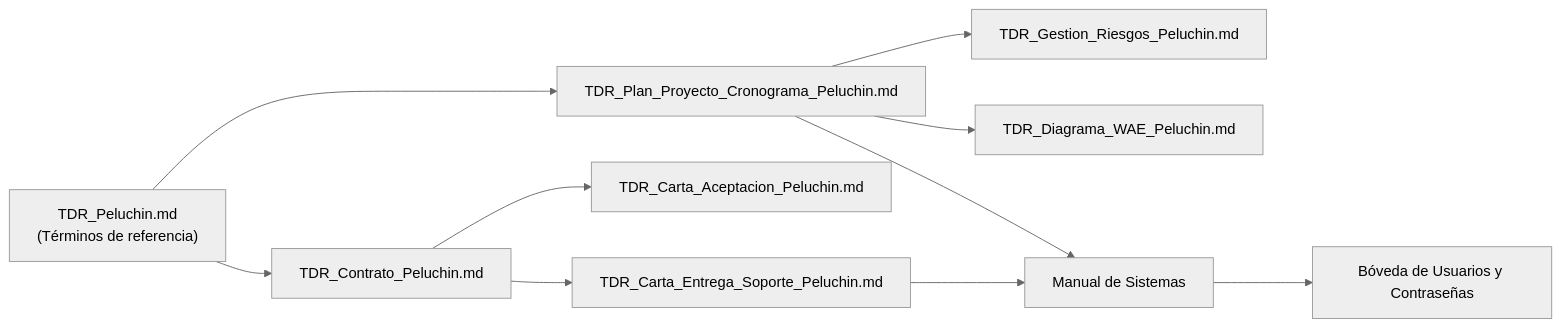
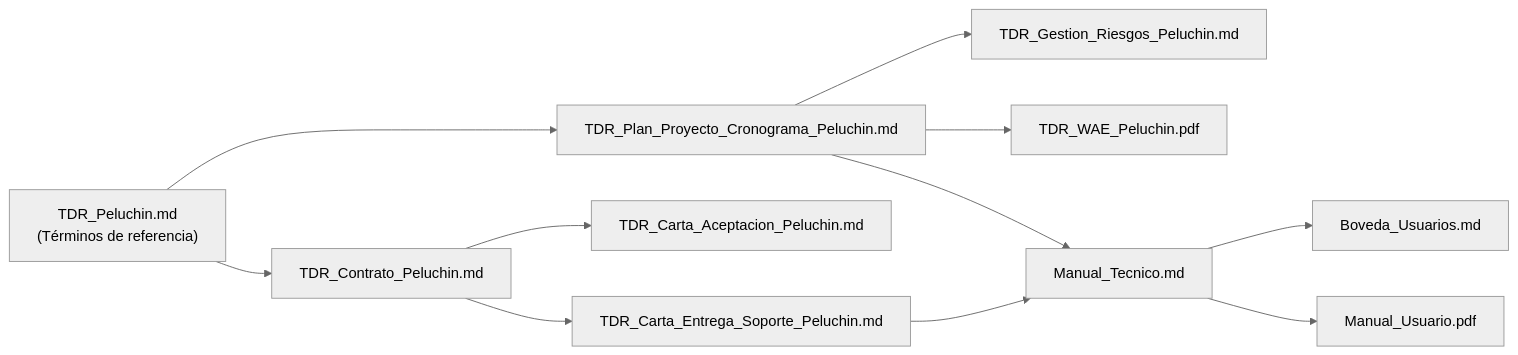
One commit to TrynaFindMimi/gestion-proyectos changed the diagram in docs/README.md. Above: the diagram before and after it, drawn with Mermaid (neutral theme). The commit also changed other lines of this file and 3 other files, not shown here.

````diff
--- a/docs/README.md
+++ b/docs/README.md
@@ -45,12 +82,13 @@
 ```mermaid
 flowchart LR
     TDR["TDR_Peluchin.md<br/>(Términos de referencia)"] --> PLAN["TDR_Plan_Proyecto_Cronograma_Peluchin.md"]
     PLAN --> RIESGO["TDR_Gestion_Riesgos_Peluchin.md"]
     TDR --> CONTRATO["TDR_Contrato_Peluchin.md"]
     CONTRATO --> CARTA["TDR_Carta_Aceptacion_Peluchin.md"]
     CONTRATO --> ENTREGA["TDR_Carta_Entrega_Soporte_Peluchin.md"]
-    PLAN --> WAE["TDR_Diagrama_WAE_Peluchin.md"]
-    PLAN --> SISTEMAS["Manual de Sistemas"]
+    PLAN --> WAE["TDR_WAE_Peluchin.pdf"]
+    PLAN --> SISTEMAS["Manual_Tecnico.md"]
     ENTREGA --> SISTEMAS
-    SISTEMAS --> BOVEDA["Bóveda de Usuarios y Contraseñas"]
+    SISTEMAS --> BOVEDA["Boveda_Usuarios.md"]
+    SISTEMAS --> USUARIO["Manual_Usuario.pdf"]
 ```
````
